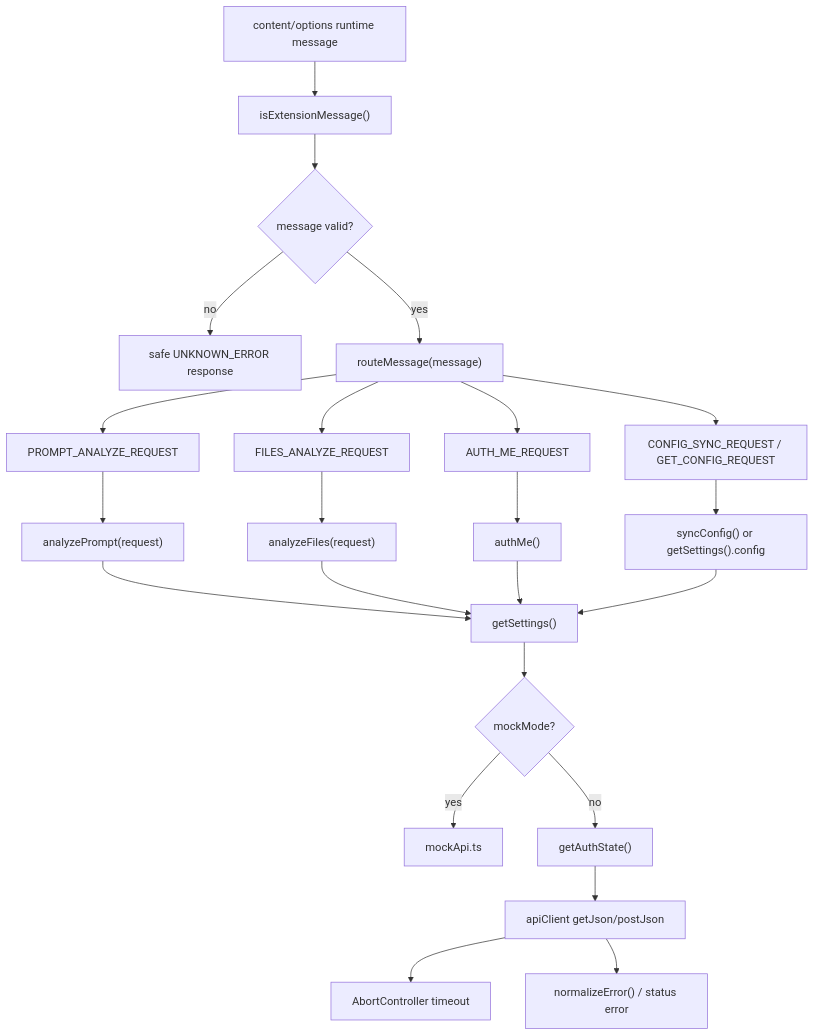
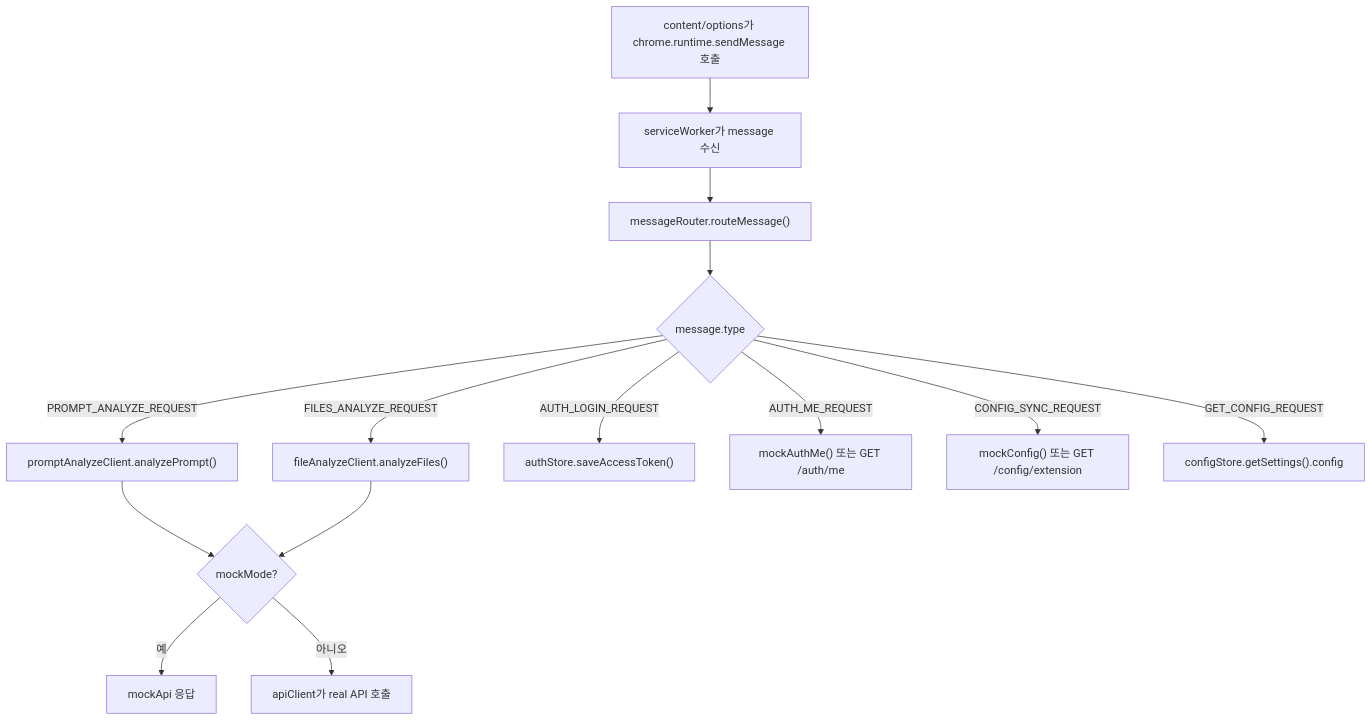
Before and after one commit to OaSecure/PromptGuard: the fourth of 10 diagrams in docs/references/promptguard-extension-implementation-status-2026-05-22.md, drawn with Mermaid. The commit also changed other lines of this file, not shown here.

Commit message:
Clarify implementation status for handoff

````diff
--- a/docs/references/promptguard-extension-implementation-status-2026-05-22.md
+++ b/docs/references/promptguard-extension-implementation-status-2026-05-22.md
@@ -277,25 +288,16 @@
 ```mermaid
 graph TD
-  RuntimeMessage["content/options runtime message"] --> ShapeGuard["isExtensionMessage()"]
-  ShapeGuard --> ValidMessage{"message valid?"}
-  ValidMessage -->|no| Unsupported["safe UNKNOWN_ERROR response"]
-  ValidMessage -->|yes| Router["routeMessage(message)"]
-  Router --> PromptReq["PROMPT_ANALYZE_REQUEST"]
-  Router --> FilesReq["FILES_ANALYZE_REQUEST"]
-  Router --> AuthReq["AUTH_ME_REQUEST"]
-  Router --> ConfigReq["CONFIG_SYNC_REQUEST / GET_CONFIG_REQUEST"]
-  PromptReq --> PromptClient["analyzePrompt(request)"]
-  FilesReq --> FileClient["analyzeFiles(request)"]
-  AuthReq --> AuthMe["authMe()"]
-  ConfigReq --> ConfigSync["syncConfig() or getSettings().config"]
-  PromptClient --> Settings["getSettings()"]
-  FileClient --> Settings
-  AuthMe --> Settings
-  ConfigSync --> Settings
-  Settings --> MockMode{"mockMode?"}
-  MockMode -->|yes| MockApi["mockApi.ts"]
-  MockMode -->|no| AuthState["getAuthState()"]
-  AuthState --> Http["apiClient getJson/postJson"]
-  Http --> AbortTimeout["AbortController timeout"]
-  Http --> SafeError["normalizeError() / status error"]
+  A["content/options가 chrome.runtime.sendMessage 호출"] --> B["serviceWorker가 message 수신"]
+  B --> C["messageRouter.routeMessage()"]
+  C --> D{"message.type"}
+  D -->|PROMPT_ANALYZE_REQUEST| E["promptAnalyzeClient.analyzePrompt()"]
+  D -->|FILES_ANALYZE_REQUEST| F["fileAnalyzeClient.analyzeFiles()"]
+  D -->|AUTH_LOGIN_REQUEST| G["authStore.saveAccessToken()"]
+  D -->|AUTH_ME_REQUEST| H["mockAuthMe() 또는 GET /auth/me"]
+  D -->|CONFIG_SYNC_REQUEST| I["mockConfig() 또는 GET /config/extension"]
+  D -->|GET_CONFIG_REQUEST| J["configStore.getSettings().config"]
+  E --> K{"mockMode?"}
+  F --> K
+  K -->|예| L["mockApi 응답"]
+  K -->|아니오| M["apiClient가 real API 호출"]
 ```
````
